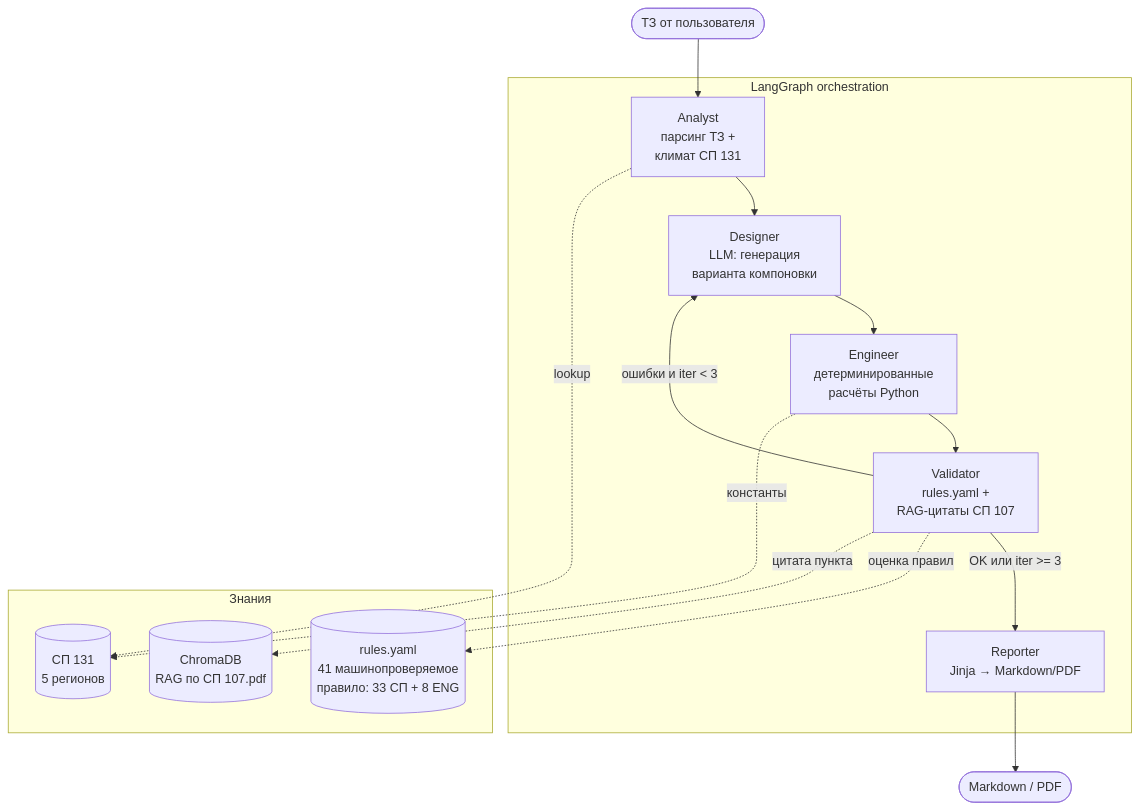
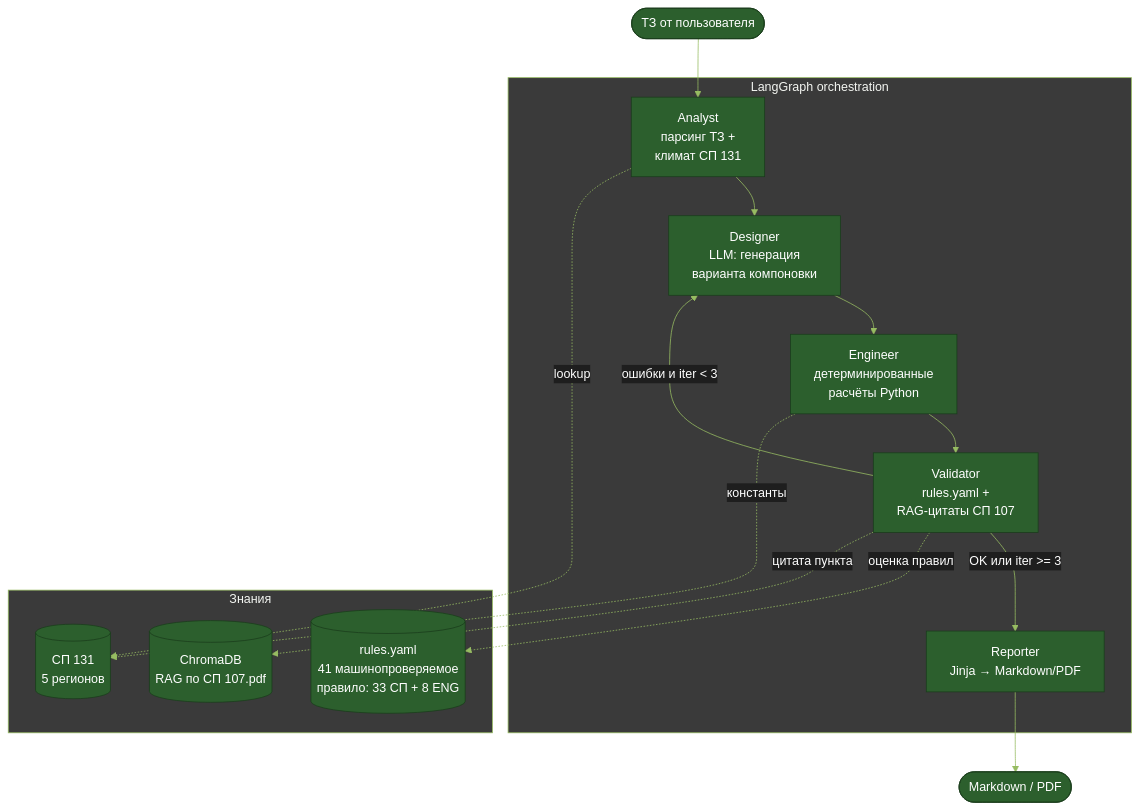
Before and after one commit to JukPelme/agro-greenhouse-designer: the diagram in README.md, drawn with Mermaid. The commit also changed 1 other file, not shown here.

Commit message:
[agent] fix: readable mermaid diagram on both GitHub themes
The architecture mermaid block rendered with default light styling, so on
GitHub's dark theme the "Knowledge" subgraph (СП 131 / ChromaDB /
rules.yaml cylinders + arrow labels) was near-illegible: grey text on grey.

Prepended an init block that pins explicit colours from our project
palette: deep green primary, leaf-green edges, white node text, dark grey
tertiary subgraph. Works on both light and dark GitHub themes.

````diff
--- a/README.md
+++ b/README.md
@@ -36,31 +36,48 @@
 ```mermaid
+%%{init: {
+  'theme': 'base',
+  'themeVariables': {
+    'primaryColor': '#2C5F2D',
+    'primaryTextColor': '#FFFFFF',
+    'primaryBorderColor': '#1a3d1c',
+    'lineColor': '#97BC62',
+    'secondaryColor': '#5B8A72',
+    'tertiaryColor': '#3a3a3a',
+    'tertiaryTextColor': '#F3F5F1',
+    'tertiaryBorderColor': '#97BC62',
+    'background': '#1e1e1e',
+    'mainBkg': '#2C5F2D',
+    'nodeTextColor': '#FFFFFF',
+    'edgeLabelBackground': '#1e1e1e'
+  }
+}}%%
 flowchart TD
     Brief([ТЗ от пользователя]) --> Analyst
 
     subgraph Graph[LangGraph orchestration]
         Analyst[Analyst<br/>парсинг ТЗ +<br/>климат СП 131]
         Designer[Designer<br/>LLM: генерация<br/>варианта компоновки]
         Engineer[Engineer<br/>детерминированные<br/>расчёты Python]
         Validator[Validator<br/>rules.yaml +<br/>RAG-цитаты СП 107]
         Reporter[Reporter<br/>Jinja → Markdown/PDF]
 
         Analyst --> Designer
         Designer --> Engineer
         Engineer --> Validator
         Validator -- ошибки и iter < 3 --> Designer
         Validator -- OK или iter >= 3 --> Reporter
     end
 
     subgraph Knowledge[Знания]
         Rules[(rules.yaml<br/>41 машинопроверяемое<br/>правило: 33 СП + 8 ENG)]
         Climate[(СП 131<br/>5 регионов)]
         SPIndex[(ChromaDB<br/>RAG по СП 107.pdf)]
     end
 
     Analyst -.->|lookup| Climate
     Engineer -.->|константы| Climate
     Validator -.->|оценка правил| Rules
     Validator -.->|цитата пункта| SPIndex
 
     Reporter --> Report([Markdown / PDF])
 ```
````
